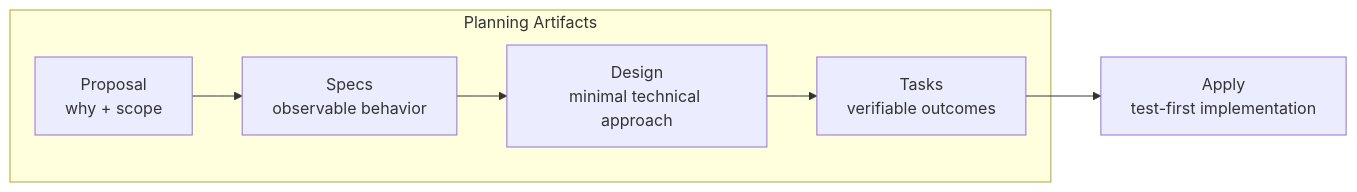
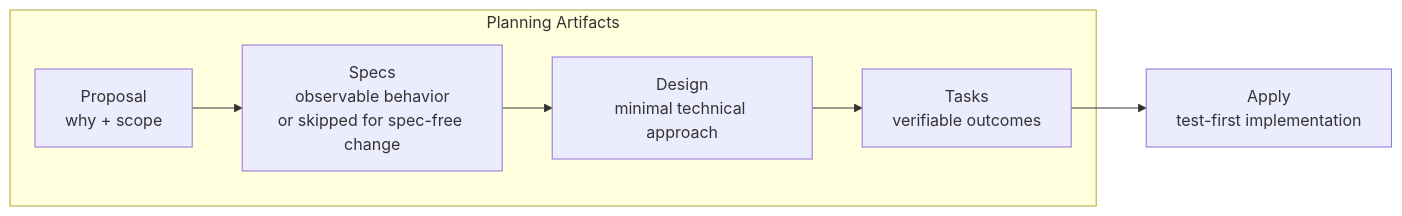
Before and after one commit to mols3131d/hmda-data-reliability: the diagram in openspec/schemas/spec-driven-tdd/README.md, drawn with Mermaid. The commit also changed other lines of this file, not shown here.

Commit message:
chore(openspec): spec-free 흐름 설명 추가

````diff
--- a/openspec/schemas/spec-driven-tdd/README.md
+++ b/openspec/schemas/spec-driven-tdd/README.md
@@ -5,10 +5,10 @@
 ```mermaid
 flowchart LR
     subgraph planning ["Planning Artifacts"]
-        proposal["Proposal<br/>why + scope"] --> specs["Specs<br/>observable behavior"]
+        proposal["Proposal<br/>why + scope"] --> specs["Specs<br/>observable behavior<br/>or skipped for spec-free change"]
         specs --> design["Design<br/>minimal technical approach"]
         design --> tasks["Tasks<br/>verifiable outcomes"]
     end
 
     tasks --> apply["Apply<br/>test-first implementation"]
 ```
````
